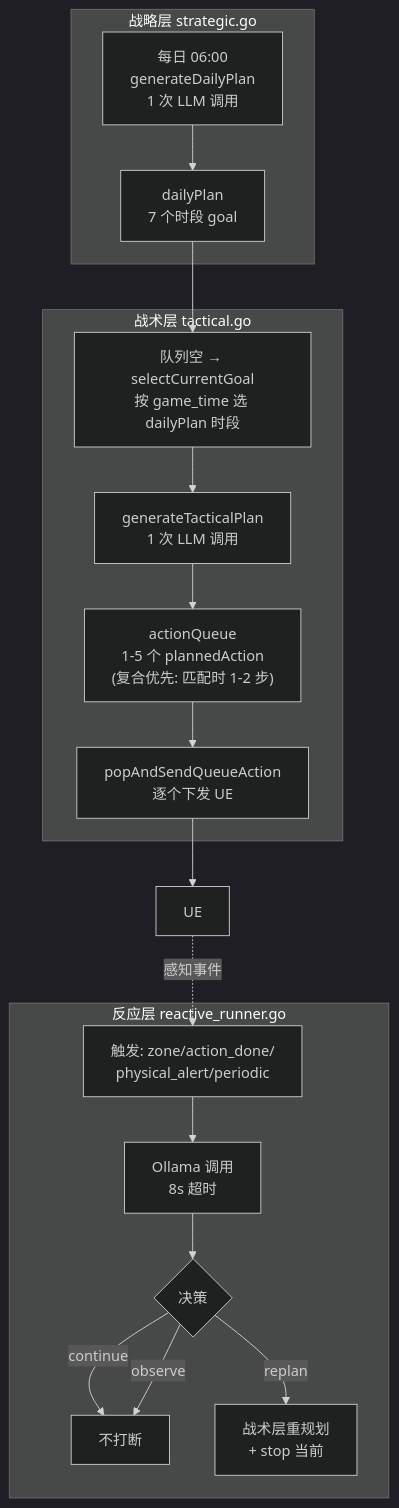
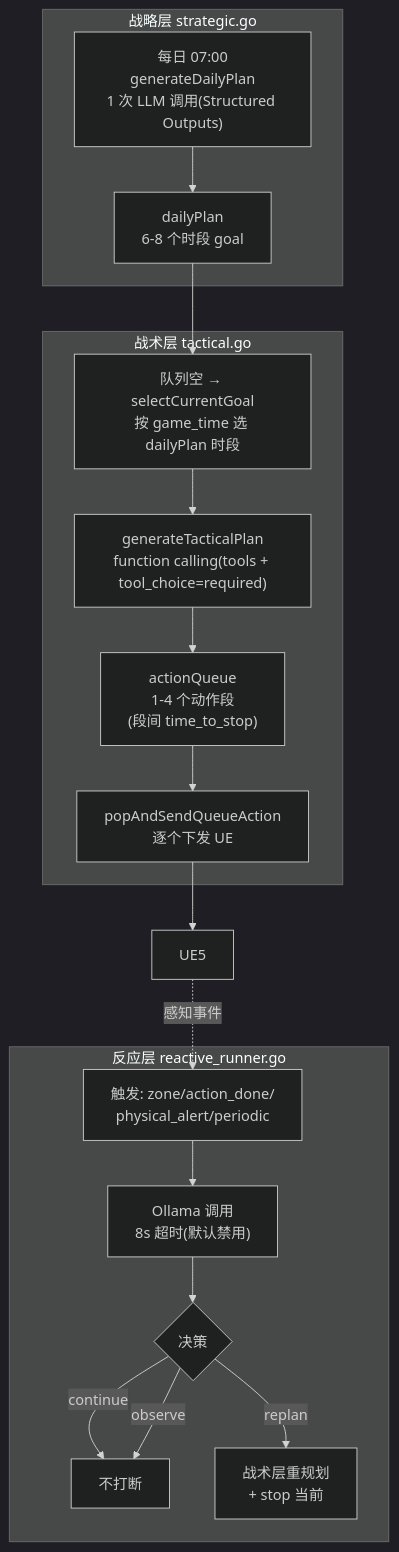
One commit to yitian-chen/SmartNPC changed the second of 5 diagrams in CODEBUDDY.md. Above: the diagram before and after it, drawn with Mermaid (dark theme). The commit also changed other lines of this file, not shown here.

````diff
--- a/CODEBUDDY.md
+++ b/CODEBUDDY.md
@@ -48,21 +48,21 @@
 ```mermaid
 graph TB
     subgraph 战略层["战略层 strategic.go"]
-        S1["每日 06:00<br/>generateDailyPlan<br/>1 次 LLM 调用"] --> S2["dailyPlan<br/>7 个时段 goal"]
+        S1["每日 07:00<br/>generateDailyPlan<br/>1 次 LLM 调用(Structured Outputs)"] --> S2["dailyPlan<br/>6-8 个时段 goal"]
     end
     subgraph 战术层["战术层 tactical.go"]
-        T1["队列空 → selectCurrentGoal<br/>按 game_time 选 dailyPlan 时段"] --> T2["generateTacticalPlan<br/>1 次 LLM 调用"]
-        T2 --> T3["actionQueue<br/>1-5 个 plannedAction<br/>(复合优先: 匹配时 1-2 步)"]
+        T1["队列空 → selectCurrentGoal<br/>按 game_time 选 dailyPlan 时段"] --> T2["generateTacticalPlan<br/>function calling(tools + tool_choice=required)"]
+        T2 --> T3["actionQueue<br/>1-4 个动作段<br/>(段间 time_to_stop)"]
         T3 --> T4["popAndSendQueueAction<br/>逐个下发 UE"]
     end
     subgraph 反应层["反应层 reactive_runner.go"]
-        R1["触发: zone/action_done/<br/>physical_alert/periodic"] --> R2["Ollama 调用<br/>8s 超时"]
+        R1["触发: zone/action_done/<br/>physical_alert/periodic"] --> R2["Ollama 调用<br/>8s 超时(默认禁用)"]
         R2 --> R3{"决策"}
         R3 -->|continue| R4[不打断]
         R3 -->|observe| R4
         R3 -->|replan| R7[战术层重规划<br/>+ stop 当前]
     end
     S2 --> T1
-    T4 --> UE
-    UE -.->|感知事件| R1
+    T4 --> UE5
+    UE5 -.->|感知事件| R1
 ```
````
